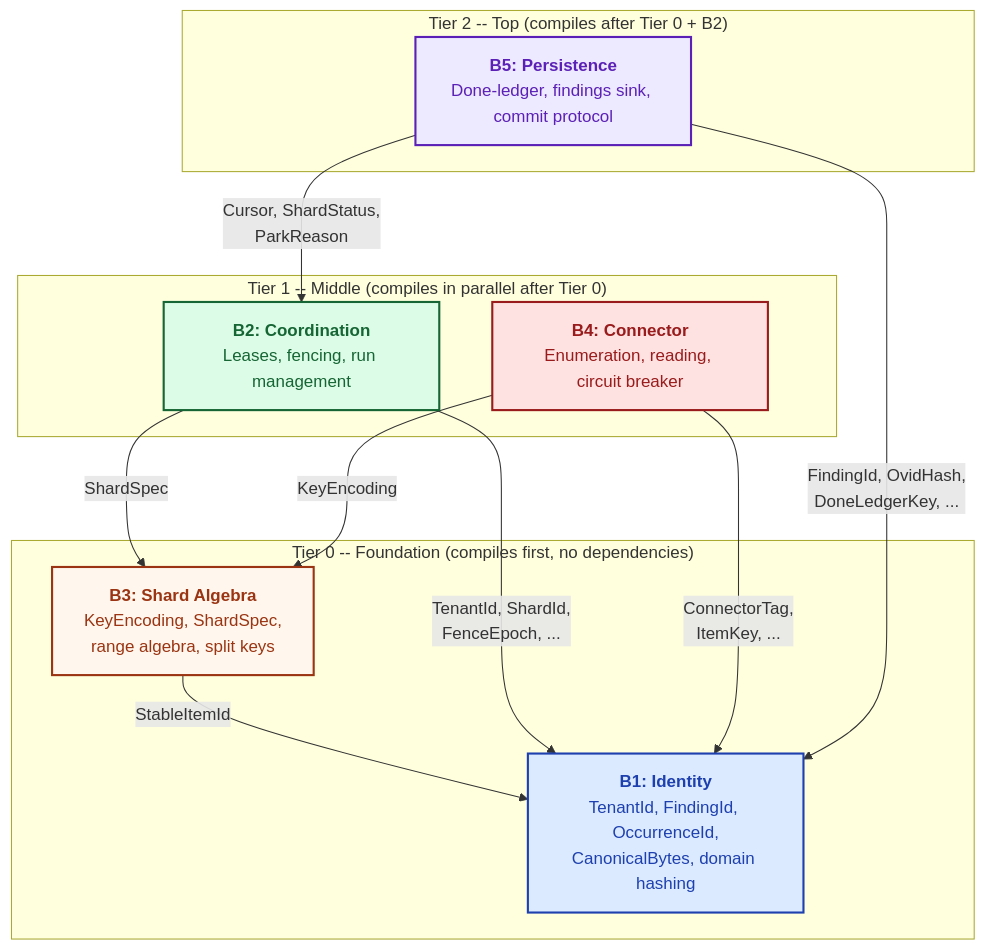
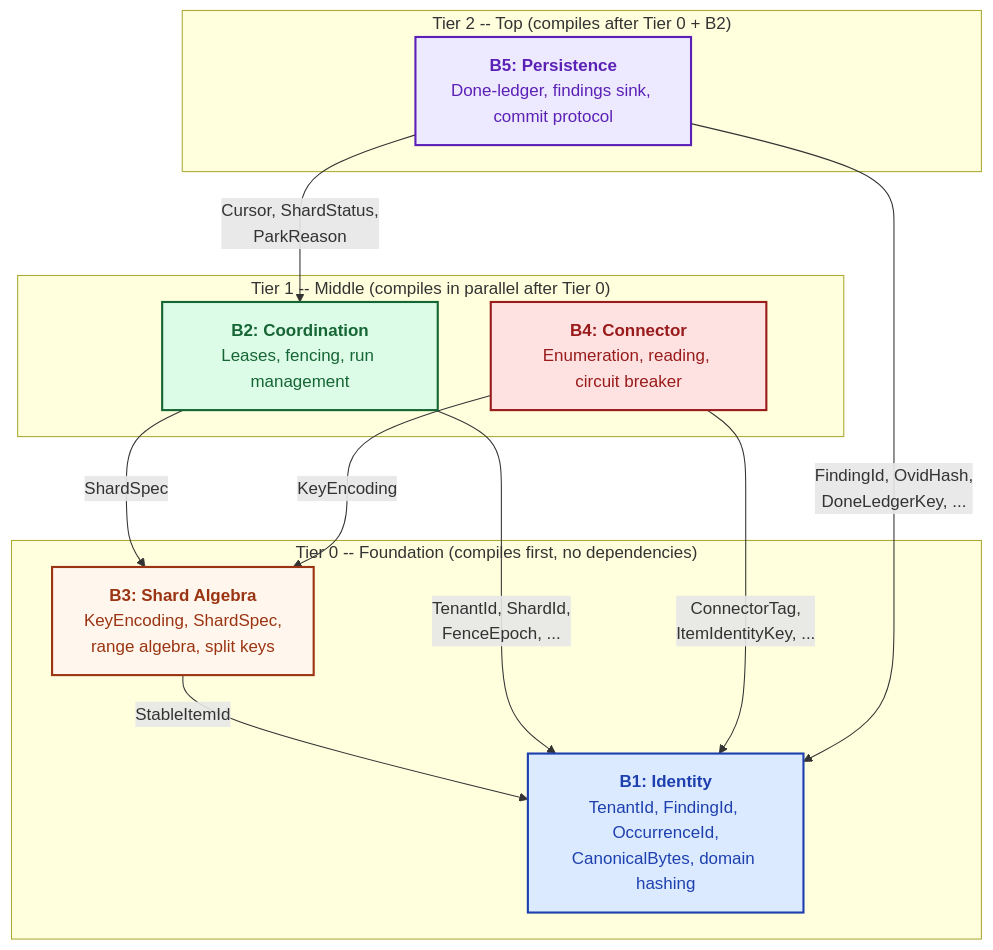
Before and after one commit to ahrav/Gossip-rs: the second of 3 diagrams in diagrams/02-boundary-dependency-graph.md, drawn with Mermaid. The commit also changed other lines of this file and 11 other files, not shown here.

First line of the commit message:
Rename `ItemKey` to `ItemIdentityKey` throughout codebase

````diff
--- a/diagrams/02-boundary-dependency-graph.md
+++ b/diagrams/02-boundary-dependency-graph.md
@@ -112,31 +112,31 @@
 ```mermaid
 %% Diagram: tiered-compilation-view
 graph TD
     subgraph "Tier 0 -- Foundation (compiles first, no dependencies)"
         B1["<b>B1: Identity</b><br/>TenantId, FindingId, OccurrenceId,<br/>CanonicalBytes, domain hashing"]
         B3["<b>B3: Shard Algebra</b><br/>KeyEncoding, ShardSpec,<br/>range algebra, split keys"]
     end
 
     subgraph "Tier 1 -- Middle (compiles in parallel after Tier 0)"
         B2["<b>B2: Coordination</b><br/>Leases, fencing, run management"]
         B4["<b>B4: Connector</b><br/>Enumeration, reading, circuit breaker"]
     end
 
     subgraph "Tier 2 -- Top (compiles after Tier 0 + B2)"
         B5["<b>B5: Persistence</b><br/>Done-ledger, findings sink, commit protocol"]
     end
 
     B3 -->|"StableItemId"| B1
     B2 -->|"TenantId, ShardId,<br/>FenceEpoch, ..."| B1
     B2 -->|"ShardSpec"| B3
-    B4 -->|"ConnectorTag,<br/>ItemKey, ..."| B1
+    B4 -->|"ConnectorTag,<br/>ItemIdentityKey, ..."| B1
     B4 -->|"KeyEncoding"| B3
     B5 -->|"FindingId, OvidHash,<br/>DoneLedgerKey, ..."| B1
     B5 -->|"Cursor, ShardStatus,<br/>ParkReason"| B2
 
     style B1 fill:#DBEAFE,stroke:#1E40AF,stroke-width:2px,color:#1E40AF
     style B2 fill:#DCFCE7,stroke:#166534,stroke-width:2px,color:#166534
     style B3 fill:#FFF7ED,stroke:#9A3412,stroke-width:2px,color:#9A3412
     style B4 fill:#FEE2E2,stroke:#991B1B,stroke-width:2px,color:#991B1B
     style B5 fill:#EDE9FE,stroke:#5B21B6,stroke-width:2px,color:#5B21B6
 ```
````
